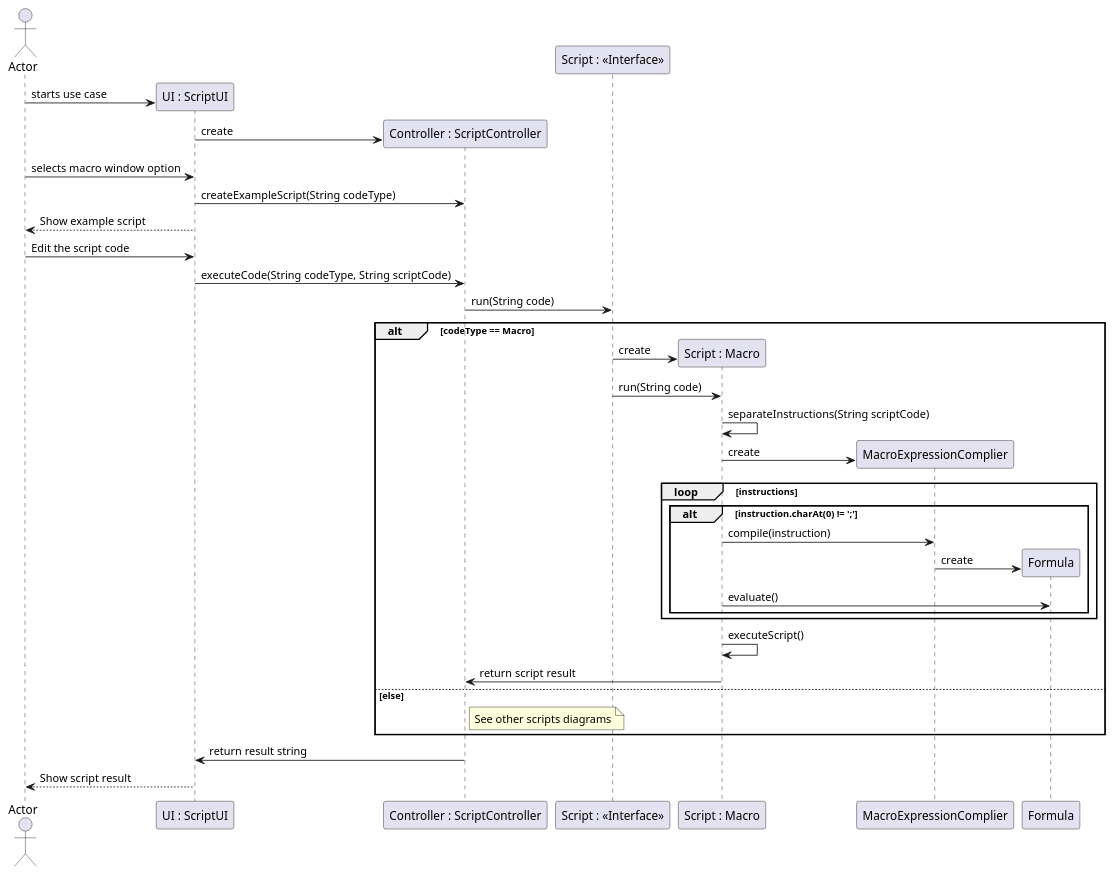
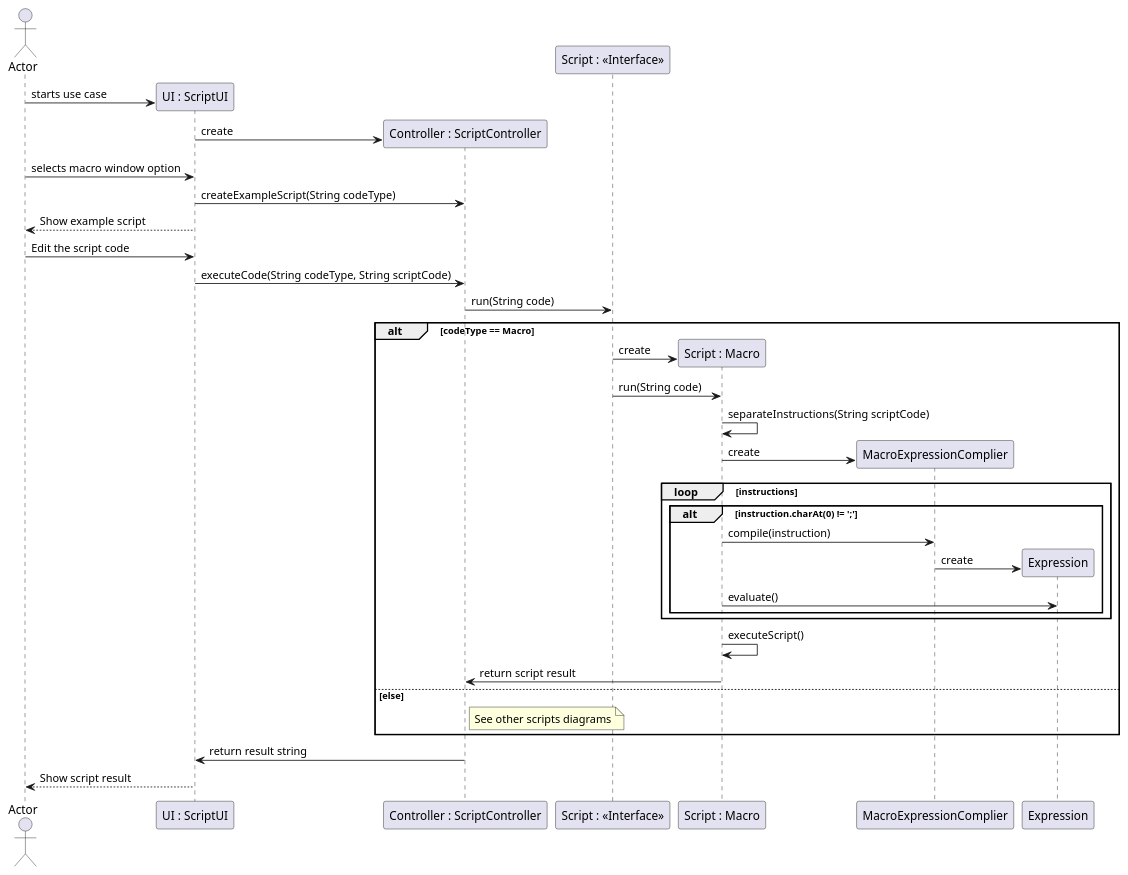
The diagram in src/main/java/csheets/worklog/n1140491/sprint4/macro_window_extension_design.puml (RubenTeixeira/cleansheets_isep_2dg_2016), drawn with PlantUML before and after one commit. The commit also changed 4 other files, not shown here.

```diff
--- a/src/main/java/csheets/worklog/n1140491/sprint4/macro_window_extension_design.puml
+++ b/src/main/java/csheets/worklog/n1140491/sprint4/macro_window_extension_design.puml
@@ -1,44 +1,44 @@
 @startuml doc-files/macro_window_extension_design.png
 actor Actor
 
   participant "UI : ScriptUI" as UI
   participant "Controller : ScriptController" as controller
   participant "Script : <<Interface>>" as script
   participant "Script : Macro" as macro
 
   create UI
   Actor -> UI : starts use case
   create controller
   UI -> controller : create
   Actor -> UI : selects macro window option
   UI -> controller : createExampleScript(String codeType)
   UI --> Actor : Show example script
   Actor -> UI : Edit the script code
   UI -> controller : executeCode(String codeType, String scriptCode)
   controller -> script : run(String code)
   alt codeType == Macro
     create macro
     script -> macro : create
     script -> macro : run(String code)
     macro -> macro : separateInstructions(String scriptCode)
     create MacroExpressionComplier
     macro -> MacroExpressionComplier: create
     loop instructions
       alt instruction.charAt(0) != ';'
           macro -> MacroExpressionComplier : compile(instruction)
-          create Formula
-          MacroExpressionComplier -> Formula : create
-          macro -> Formula : evaluate()
+          create Expression
+          MacroExpressionComplier -> Expression : create
+          macro -> Expression : evaluate()
 
       end
     end
     macro -> macro : executeScript()
     macro -> controller : return script result
   else else
     note right of controller
         See other scripts diagrams
     end note
   end
   controller -> UI : return result string
   UI --> Actor : Show script result
 @enduml
```
